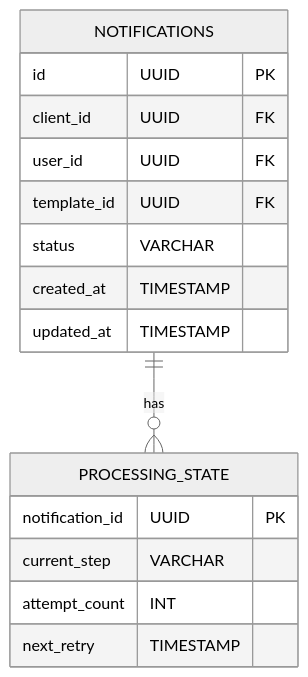
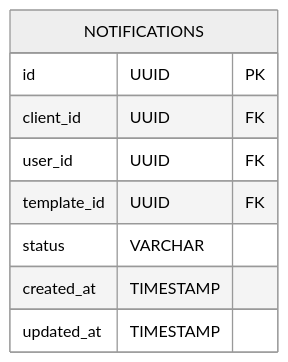
Before and after one commit to surajs1n/central-notification-system: the diagram in design-docs/services/CoreService.md, drawn with Mermaid (neutral theme). The commit also changed other lines of this file and 6 other files, not shown here.

````diff
--- a/design-docs/services/CoreService.md
+++ b/design-docs/services/CoreService.md
@@ -25,21 +25,12 @@
 ```mermaid
 erDiagram
     NOTIFICATIONS {
         id UUID PK
         client_id UUID FK
         user_id UUID FK
         template_id UUID FK
         status VARCHAR
         created_at TIMESTAMP
         updated_at TIMESTAMP
     }
-    
-    PROCESSING_STATE {
-        notification_id UUID PK
-        current_step VARCHAR
-        attempt_count INT
-        next_retry TIMESTAMP
-    }
-    
-    NOTIFICATIONS ||--o{ PROCESSING_STATE : has
 ```
````
